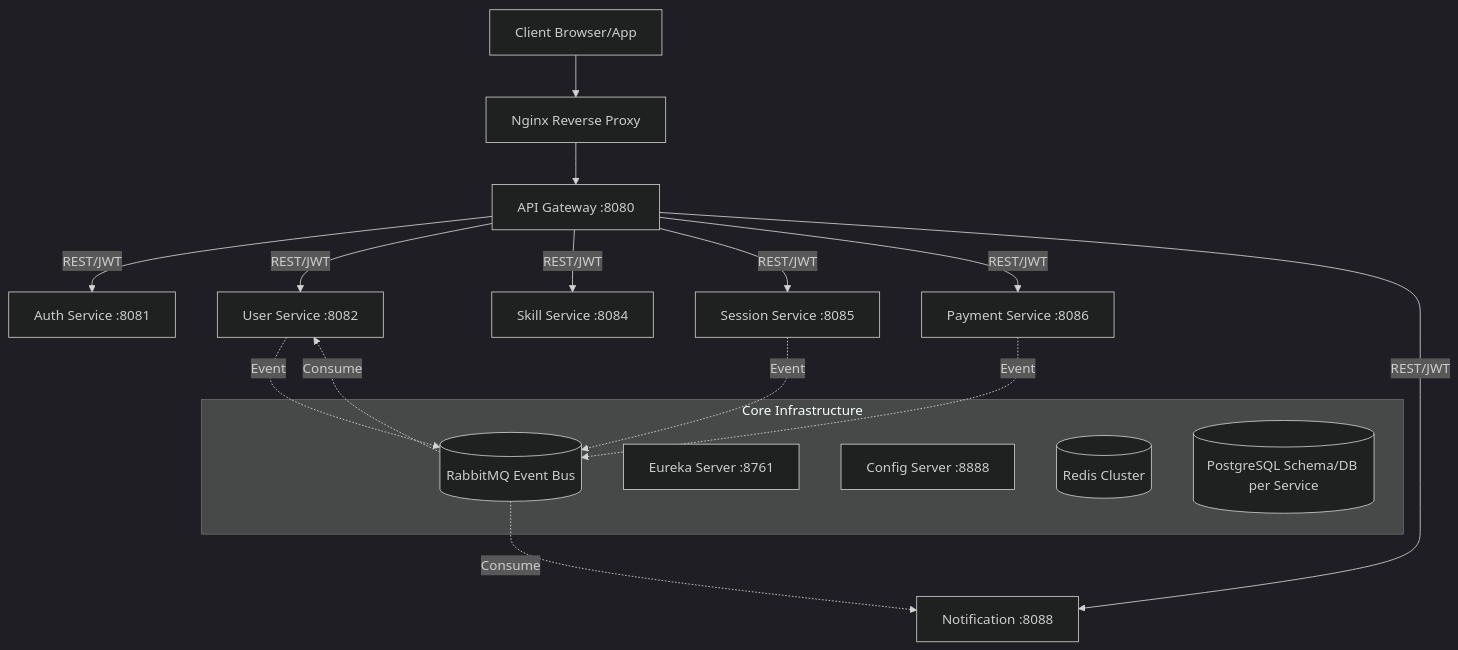
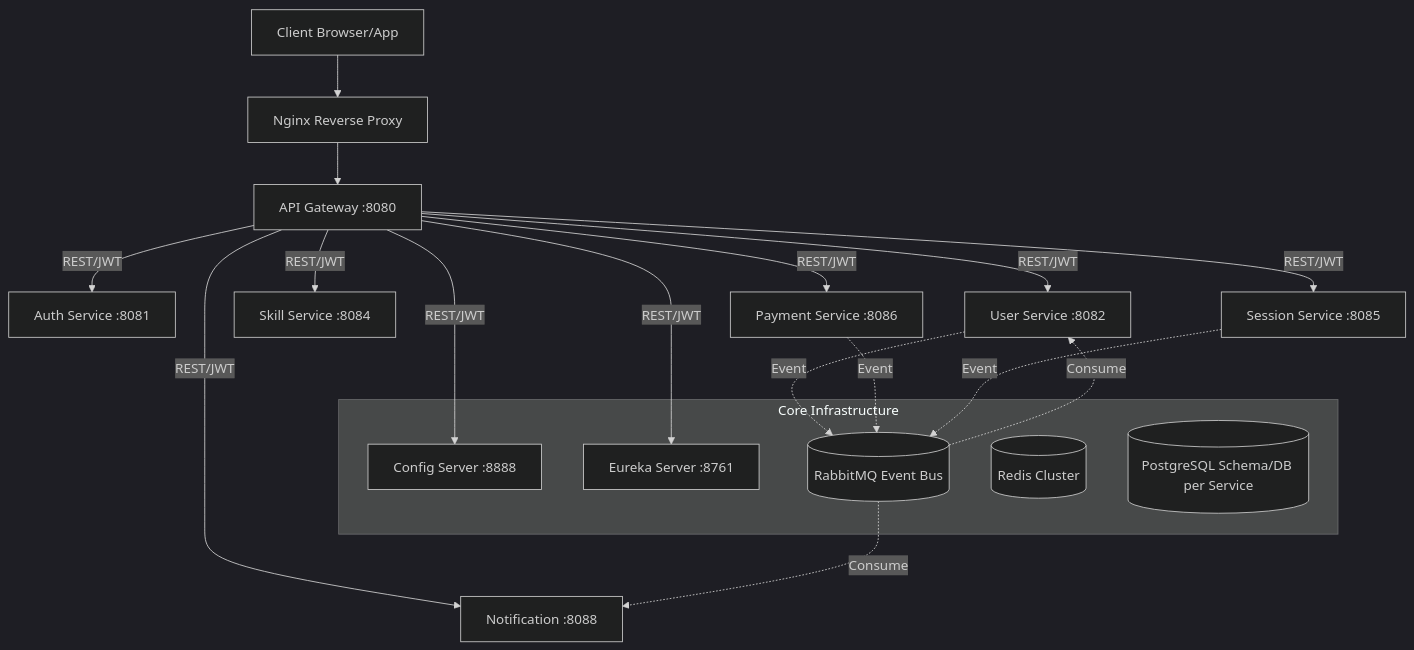
Before and after one commit to Anjan-Kumar-Sahoo/SkillSync: the diagram in README.md, drawn with Mermaid (dark theme). The commit also changed other lines of this file and 3 other files, not shown here.

````diff
--- a/README.md
+++ b/README.md
@@ -9,26 +9,28 @@
 ```mermaid
 graph TD
     Client[Client Browser/App] --> Nginx[Nginx Reverse Proxy]
     Nginx --> GW[API Gateway :8080]
     
     GW -->|REST/JWT| Auth[Auth Service :8081]
     GW -->|REST/JWT| User[User Service :8082]
     GW -->|REST/JWT| Skill[Skill Service :8084]
     GW -->|REST/JWT| Session[Session Service :8085]
     GW -->|REST/JWT| Payment[Payment Service :8086]
     GW -->|REST/JWT| Notif[Notification :8088]
+    GW -->|REST/JWT| Config[Config Server :8888]
+    GW -->|REST/JWT| Eureka[Eureka Server :8761]
 
     User -.->|Event| RabbitMQ
     Payment -.->|Event| RabbitMQ
     Session -.->|Event| RabbitMQ
     RabbitMQ -.->|Consume| User
     RabbitMQ -.->|Consume| Notif
     
     subgraph Core Infrastructure
     Eureka[Eureka Server :8761]
     Config[Config Server :8888]
     RabbitMQ[(RabbitMQ Event Bus)]
     Redis[(Redis Cluster)]
     PG[(PostgreSQL Schema/DB per Service)]
     end
 ```
````
